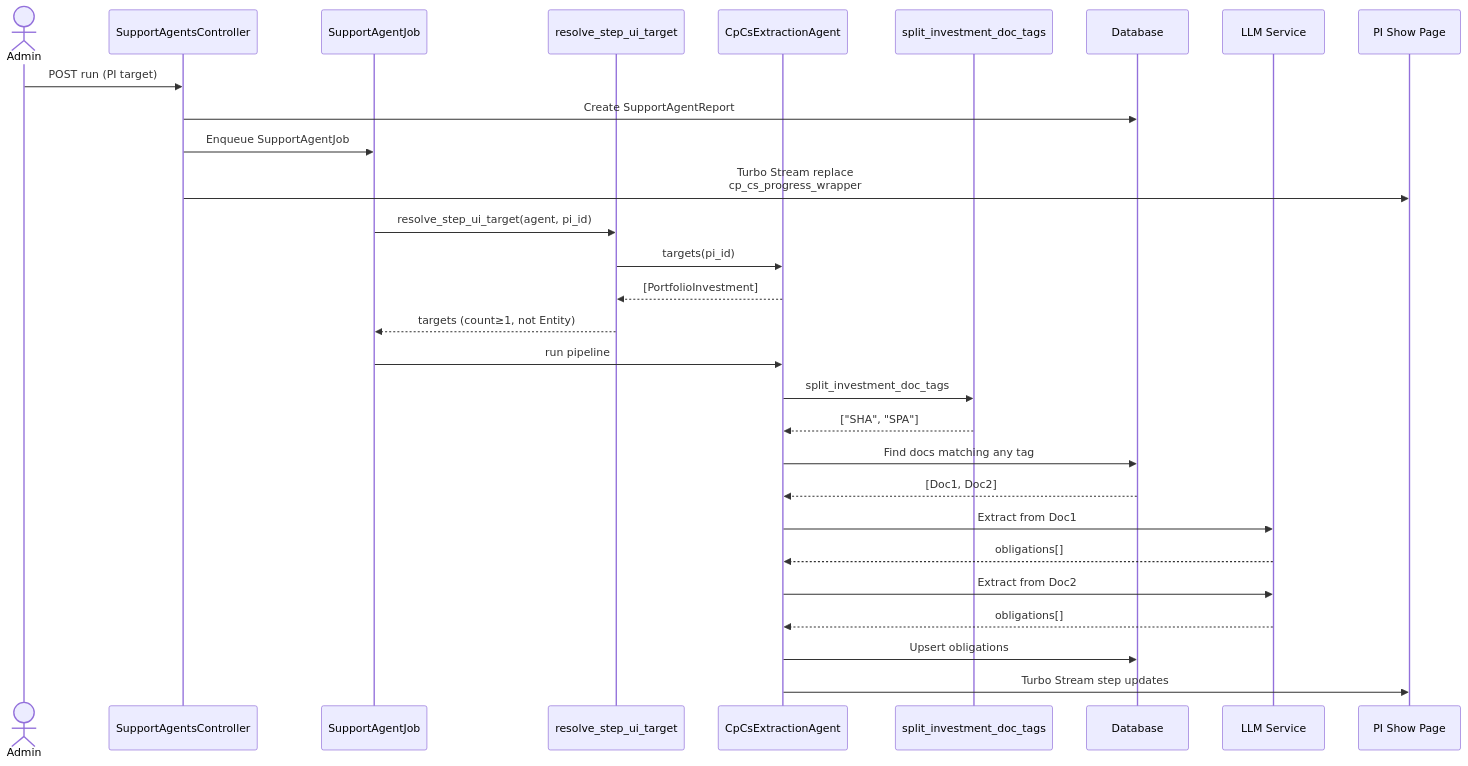
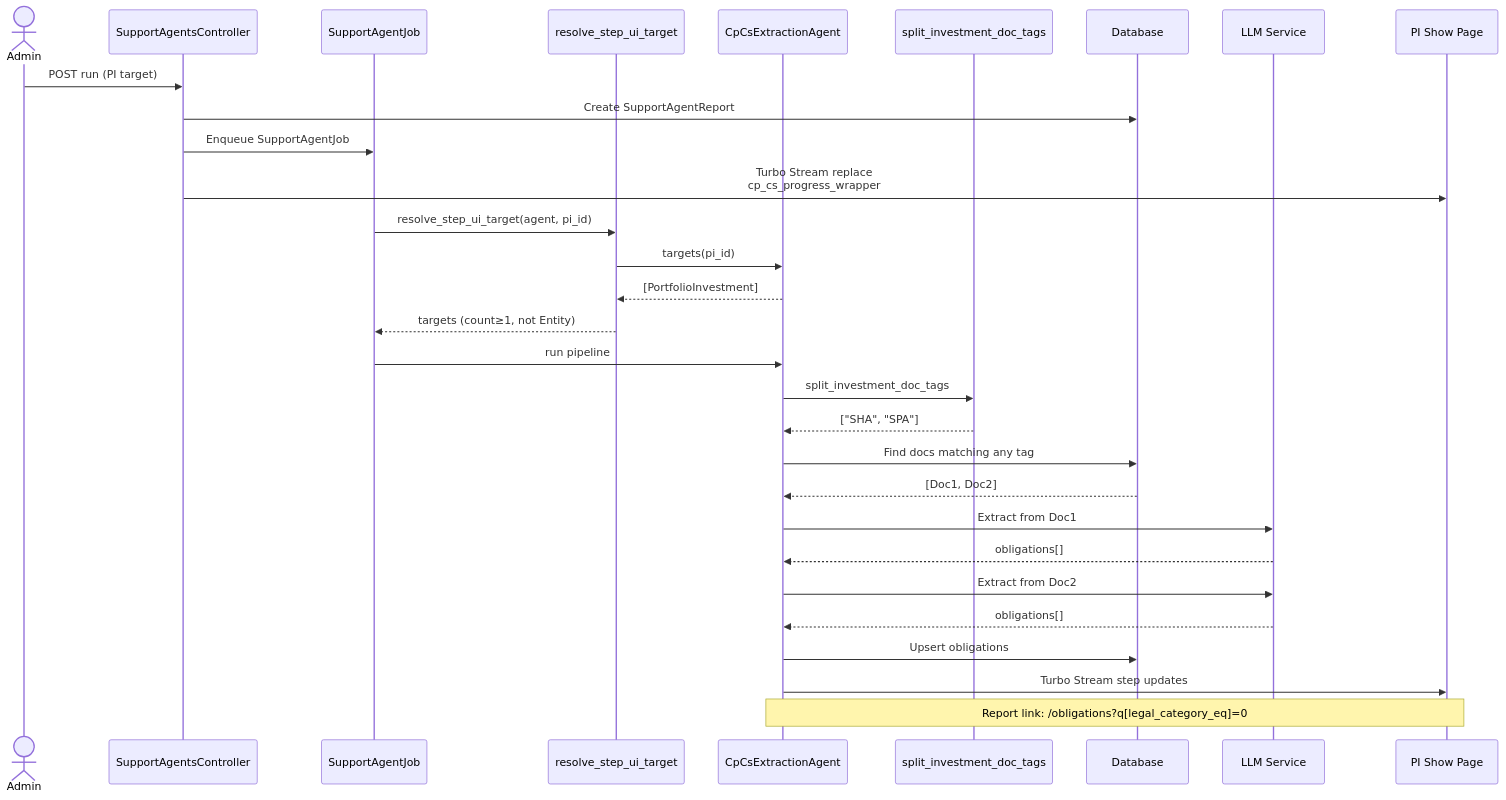
The third of 5 diagrams in openspec/changes/obligation-matrix-fixes/design.md (sampadadiwan/IRM_CompanyMain), drawn with Mermaid before and after one commit. The commit also changed other lines of this file and 16 other files, not shown here.

````diff
--- a/openspec/changes/obligation-matrix-fixes/design.md
+++ b/openspec/changes/obligation-matrix-fixes/design.md
@@ -168,32 +179,33 @@
 ```mermaid
 sequenceDiagram
     actor Admin
     participant Ctrl as SupportAgentsController
     participant Job as SupportAgentJob
     participant Router as resolve_step_ui_target
     participant Agent as CpCsExtractionAgent
     participant Tags as split_investment_doc_tags
     participant DB as Database
     participant LLM as LLM Service
     participant View as PI Show Page
 
     Admin->>Ctrl: POST run (PI target)
     Ctrl->>DB: Create SupportAgentReport
     Ctrl->>Job: Enqueue SupportAgentJob
     Ctrl->>View: Turbo Stream replace<br/>cp_cs_progress_wrapper
     Job->>Router: resolve_step_ui_target(agent, pi_id)
     Router->>Agent: targets(pi_id)
     Agent-->>Router: [PortfolioInvestment]
     Router-->>Job: targets (count≥1, not Entity)
     Job->>Agent: run pipeline
     Agent->>Tags: split_investment_doc_tags
     Tags-->>Agent: ["SHA", "SPA"]
     Agent->>DB: Find docs matching any tag
     DB-->>Agent: [Doc1, Doc2]
     Agent->>LLM: Extract from Doc1
     LLM-->>Agent: obligations[]
     Agent->>LLM: Extract from Doc2
     LLM-->>Agent: obligations[]
     Agent->>DB: Upsert obligations
     Agent->>View: Turbo Stream step updates
+    Note over Agent,View: Report link: /obligations?q[legal_category_eq]=0
 ```
````
